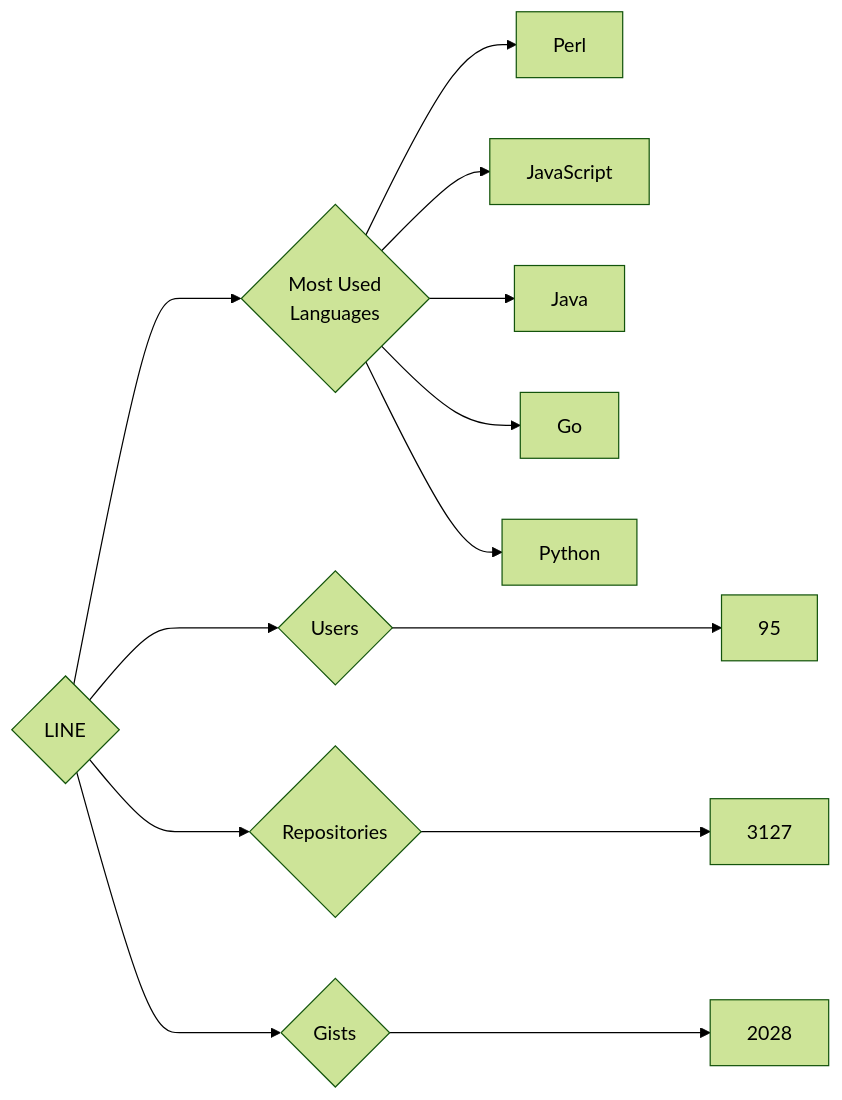
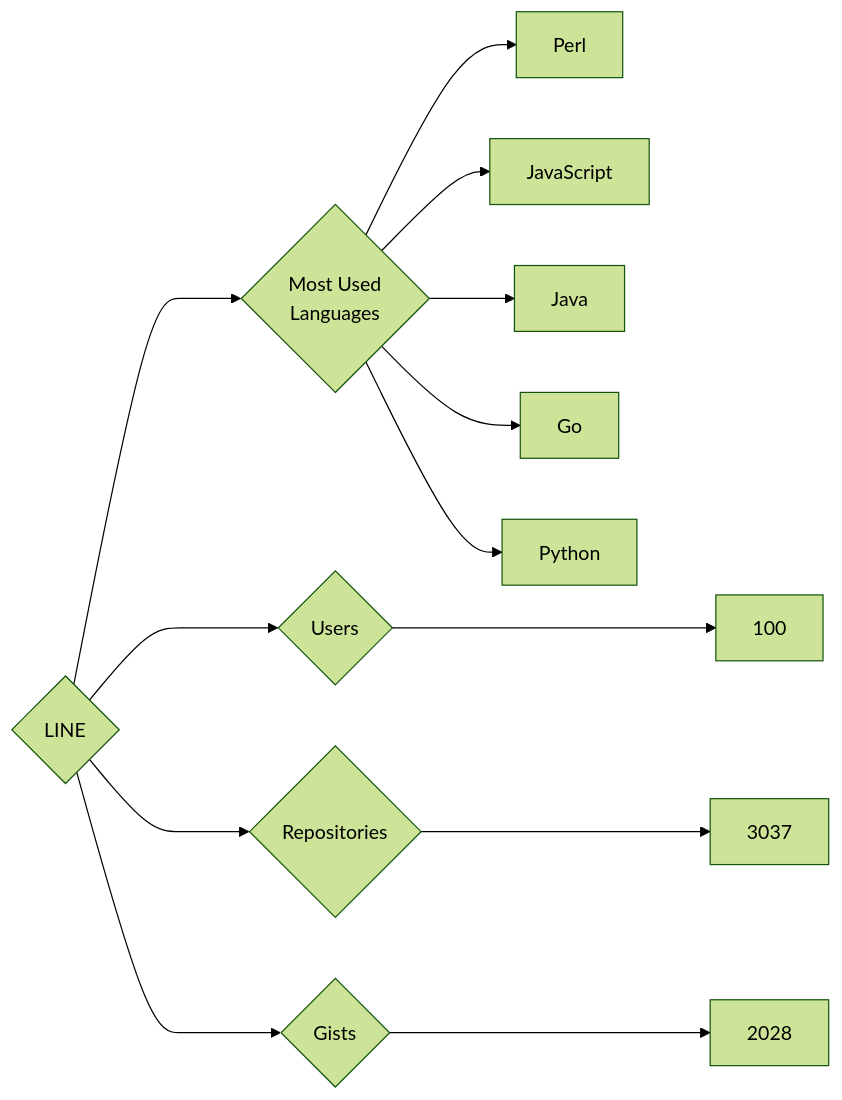
One commit to trickest/insiders changed the diagram in targets/LINE/README.md. Above: the diagram before and after it, drawn with Mermaid (forest theme). The commit also changed 757 other files, not shown here.

````diff
--- a/targets/LINE/README.md
+++ b/targets/LINE/README.md
@@ -3,13 +3,13 @@
 ```mermaid
 graph LR
 COMPANY_NAME{LINE}
-COMPANY_NAME ---> U{Users} ---> UN[95]
-COMPANY_NAME ---> R{Repositories} ---> RN[3127]
+COMPANY_NAME ---> U{Users} ---> UN[100]
+COMPANY_NAME ---> R{Repositories} ---> RN[3037]
 COMPANY_NAME ---> G{Gists} ---> GN[2028]
 COMPANY_NAME ---> ML{Most Used<br>Languages}
 ML --> Perl[Perl]
 ML --> JavaScript[JavaScript]
 ML --> Java[Java]
 ML --> Go[Go]
 ML --> Python[Python]
 ```
````
